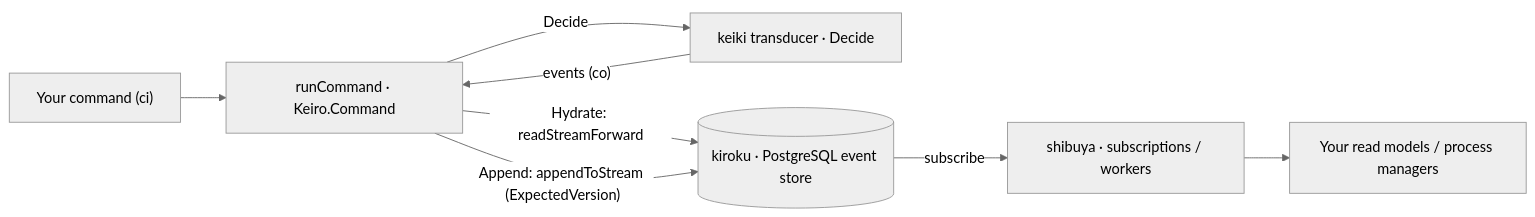
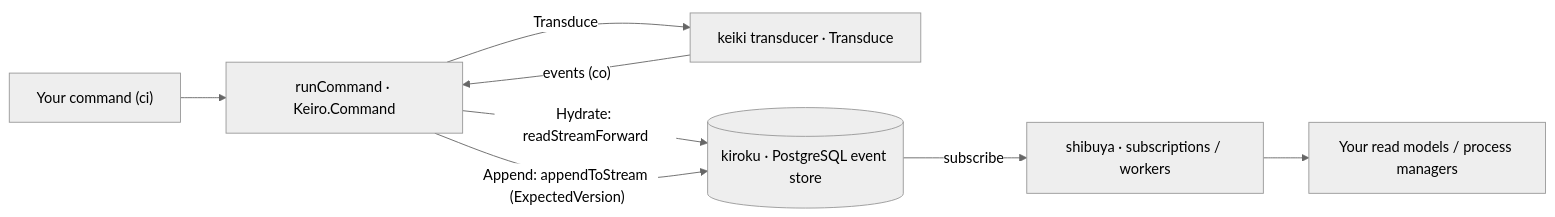
Before and after one commit to shinzui/keiro-runtime-docs: the diagram in content/docs/keiro/index.mdx, drawn with Mermaid (neutral theme). The commit also changed other lines of this file and 12 other files, not shown here.

First line of the commit message:
docs(keiro): rename command-cycle phase Decide → Transduce; add transducer primer

````diff
--- a/content/docs/keiro/index.mdx
+++ b/content/docs/keiro/index.mdx
@@ -26,17 +26,17 @@
 ```mermaid
 flowchart LR
   Cmd["Your command (ci)"]
   RC["runCommand · Keiro.Command"]
-  Keiki["keiki transducer · Decide"]
+  Keiki["keiki transducer · Transduce"]
   Kiroku[("kiroku · PostgreSQL event store")]
   Shibuya["shibuya · subscriptions / workers"]
   Read["Your read models / process managers"]
 
   Cmd --> RC
   RC -->|"Hydrate: readStreamForward"| Kiroku
-  RC -->|"Decide"| Keiki
+  RC -->|"Transduce"| Keiki
   Keiki -->|"events (co)"| RC
   RC -->|"Append: appendToStream (ExpectedVersion)"| Kiroku
   Kiroku -->|"subscribe"| Shibuya
   Shibuya --> Read
 ```
````
